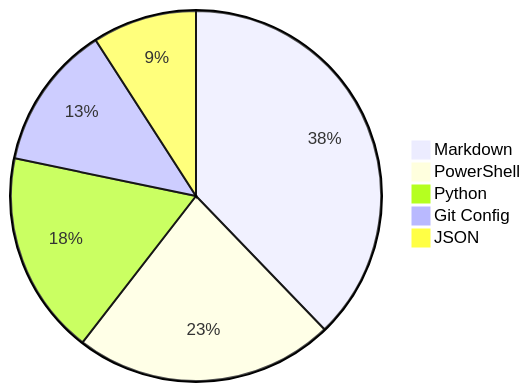
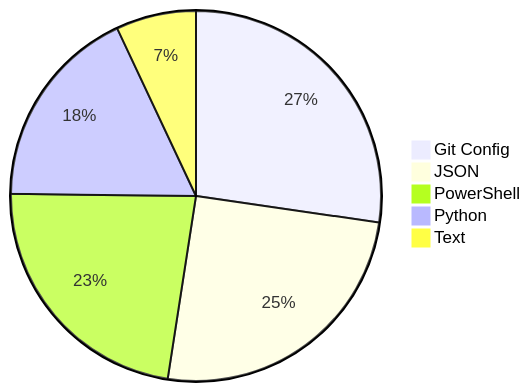
The diagram in README.md (Alicia111/alicia111), drawn with Mermaid before and after one commit.

Commit message:
Update WakaTime stats (・ω・)b

````diff
--- a/README.md
+++ b/README.md
@@ -32,8 +32,8 @@
 ```mermaid
 pie
-    "Markdown" : 34.26
-    "PowerShell" : 20.57
-    "Python" : 16.11
-    "Git Config" : 11.45
-    "JSON" : 8.25
+    "Git Config" : 25.67
+    "JSON" : 23.66
+    "PowerShell" : 21.39
+    "Python" : 16.76
+    "Text" : 6.58
 ```
````
